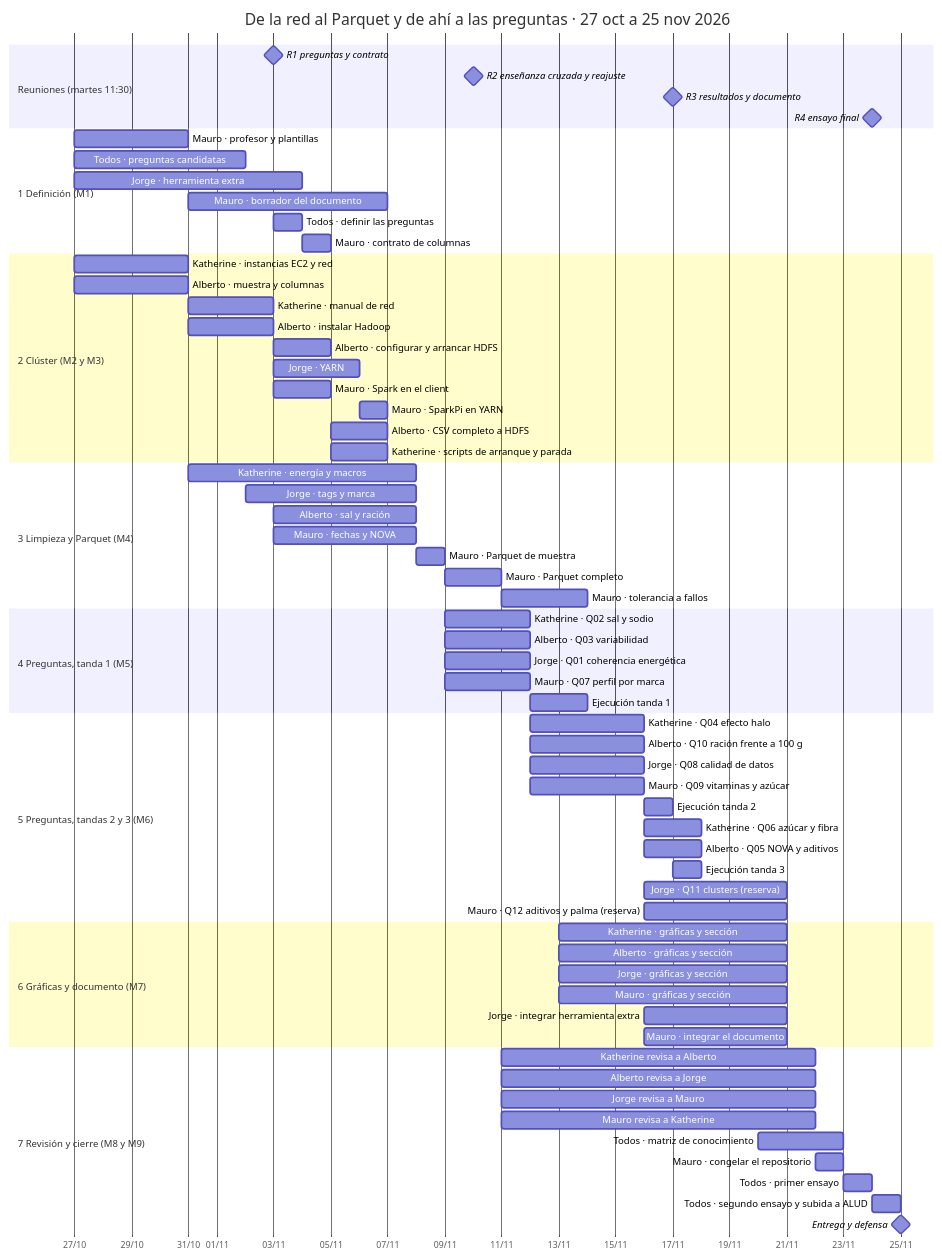
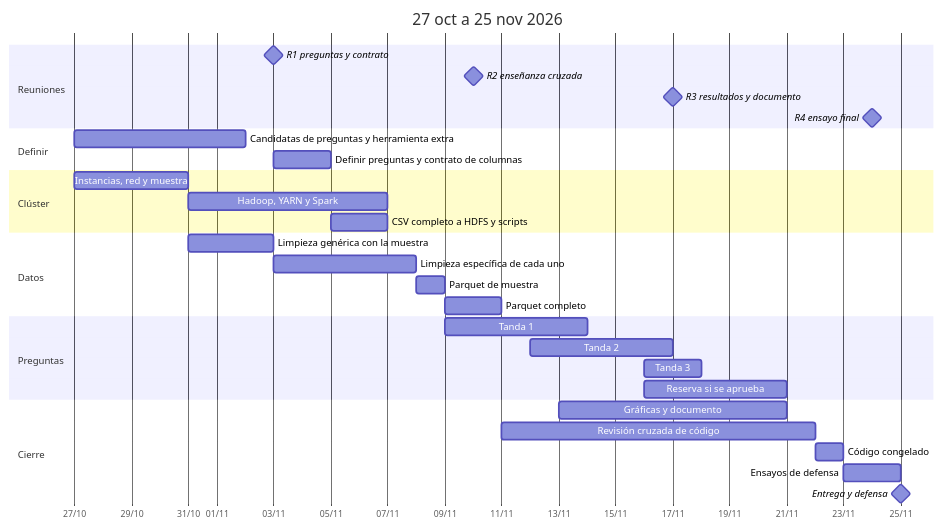
One commit to albertxestrada/BigData-OpenFoodFacts changed the first of 3 diagrams in issues.md. Above: the diagram before and after it, drawn with Mermaid. The commit also changed other lines of this file, not shown here.

First line of the commit message:
Simplificar issues.md: calendario por semanas, tres diagramas y preguntas por definir

````diff
--- a/issues.md
+++ b/issues.md
@@ -110,71 +33,34 @@
 ```mermaid
 gantt
-    title De la red al Parquet y de ahí a las preguntas · 27 oct a 25 nov 2026
+    title 27 oct a 25 nov 2026
     dateFormat YYYY-MM-DD
     axisFormat %d/%m
-    section Reuniones (martes 11:30)
-    R1 preguntas y contrato :milestone, r1, 2026-11-03, 0d
-    R2 enseñanza cruzada y reajuste :milestone, r2, 2026-11-10, 0d
-    R3 resultados y documento :milestone, r3, 2026-11-17, 0d
-    R4 ensayo final :milestone, r4, 2026-11-24, 0d
-    section 1 Definición (M1)
-    Mauro · profesor y plantillas :d0, 2026-10-27, 4d
-    Todos · preguntas candidatas :q0, 2026-10-27, 6d
-    Jorge · herramienta extra :c1, 2026-10-27, 8d
-    Mauro · borrador del documento :d1, 2026-10-31, 7d
-    Todos · definir las preguntas :q1, 2026-11-03, 1d
-    Mauro · contrato de columnas :d3, after q1, 1d
-    section 2 Clúster (M2 y M3)
-    Katherine · instancias EC2 y red :a1, 2026-10-27, 4d
-    Alberto · muestra y columnas :b1, 2026-10-27, 4d
-    Katherine · manual de red :a2, 2026-10-31, 3d
-    Alberto · instalar Hadoop :b2a, after a1, 3d
-    Alberto · configurar y arrancar HDFS :b2b, after b2a, 2d
-    Jorge · YARN :c2, after b2a, 3d
-    Mauro · Spark en el client :d2a, 2026-11-03, 2d
-    Mauro · SparkPi en YARN :d2b, after c2, 1d
-    Alberto · CSV completo a HDFS :b3, after b2b, 2d
-    Katherine · scripts de arranque y parada :a3, after b2b, 2d
-    section 3 Limpieza y Parquet (M4)
-    Katherine · energía y macros :a4, 2026-10-31, 8d
-    Jorge · tags y marca :c3, 2026-11-02, 6d
-    Alberto · sal y ración :b4, 2026-11-03, 5d
-    Mauro · fechas y NOVA :d4, 2026-11-03, 5d
-    Mauro · Parquet de muestra :d5, after a4 b4 c3 d4, 1d
-    Mauro · Parquet completo :d6, after d5 b3, 2d
-    Mauro · tolerancia a fallos :d8, after d6, 3d
-    section 4 Preguntas, tanda 1 (M5)
-    Katherine · Q02 sal y sodio :a5, after d5, 3d
-    Alberto · Q03 variabilidad :b5, after d5, 3d
-    Jorge · Q01 coherencia energética :c4, after d5, 3d
-    Mauro · Q07 perfil por marca :d7, after d5, 3d
-    Ejecución tanda 1 :e1, 2026-11-12, 2d
-    section 5 Preguntas, tandas 2 y 3 (M6)
-    Katherine · Q04 efecto halo :a6, after a5, 4d
-    Alberto · Q10 ración frente a 100 g :b6, after b5, 4d
-    Jorge · Q08 calidad de datos :c5, after c4, 4d
-    Mauro · Q09 vitaminas y azúcar :d9, after d7, 4d
-    Ejecución tanda 2 :e2, 2026-11-16, 1d
-    Katherine · Q06 azúcar y fibra :a7, after a6, 2d
-    Alberto · Q05 NOVA y aditivos :b7, after b6, 2d
-    Ejecución tanda 3 :e3, 2026-11-17, 1d
-    Jorge · Q11 clusters (reserva) :c6, after c5, 5d
-    Mauro · Q12 aditivos y palma (reserva) :d10, after d9, 5d
-    section 6 Gráficas y documento (M7)
-    Katherine · gráficas y sección :a8, 2026-11-13, 8d
-    Alberto · gráficas y sección :b8, 2026-11-13, 8d
-    Jorge · gráficas y sección :c8, 2026-11-13, 8d
-    Mauro · gráficas y sección :d12, 2026-11-13, 8d
-    Jorge · integrar herramienta extra :c7, 2026-11-16, 5d
-    Mauro · integrar el documento :d11, 2026-11-16, 5d
-    section 7 Revisión y cierre (M8 y M9)
-    Katherine revisa a Alberto :a9, 2026-11-11, 11d
-    Alberto revisa a Jorge :b9, 2026-11-11, 11d
-    Jorge revisa a Mauro :c9, 2026-11-11, 11d
-    Mauro revisa a Katherine :d13, 2026-11-11, 11d
-    Todos · matriz de conocimiento :f1, 2026-11-20, 3d
-    Mauro · congelar el repositorio :d14, 2026-11-22, 1d
-    Todos · primer ensayo :f2, 2026-11-23, 1d
-    Todos · segundo ensayo y subida a ALUD :f3, 2026-11-24, 1d
+    section Reuniones
+    R1 preguntas y contrato :milestone, 2026-11-03, 0d
+    R2 enseñanza cruzada :milestone, 2026-11-10, 0d
+    R3 resultados y documento :milestone, 2026-11-17, 0d
+    R4 ensayo final :milestone, 2026-11-24, 0d
+    section Definir
+    Candidatas de preguntas y herramienta extra :2026-10-27, 6d
+    Definir preguntas y contrato de columnas :2026-11-03, 2d
+    section Clúster
+    Instancias, red y muestra :2026-10-27, 4d
+    Hadoop, YARN y Spark :2026-10-31, 7d
+    CSV completo a HDFS y scripts :2026-11-05, 2d
+    section Datos
+    Limpieza genérica con la muestra :2026-10-31, 3d
+    Limpieza específica de cada uno :2026-11-03, 5d
+    Parquet de muestra :2026-11-08, 1d
+    Parquet completo :2026-11-09, 2d
+    section Preguntas
+    Tanda 1 :2026-11-09, 5d
+    Tanda 2 :2026-11-12, 5d
+    Tanda 3 :2026-11-16, 2d
+    Reserva si se aprueba :2026-11-16, 5d
+    section Cierre
+    Gráficas y documento :2026-11-13, 8d
+    Revisión cruzada de código :2026-11-11, 11d
+    Código congelado :2026-11-22, 1d
+    Ensayos de defensa :2026-11-23, 2d
     Entrega y defensa :milestone, 2026-11-25, 0d
 ```
````
